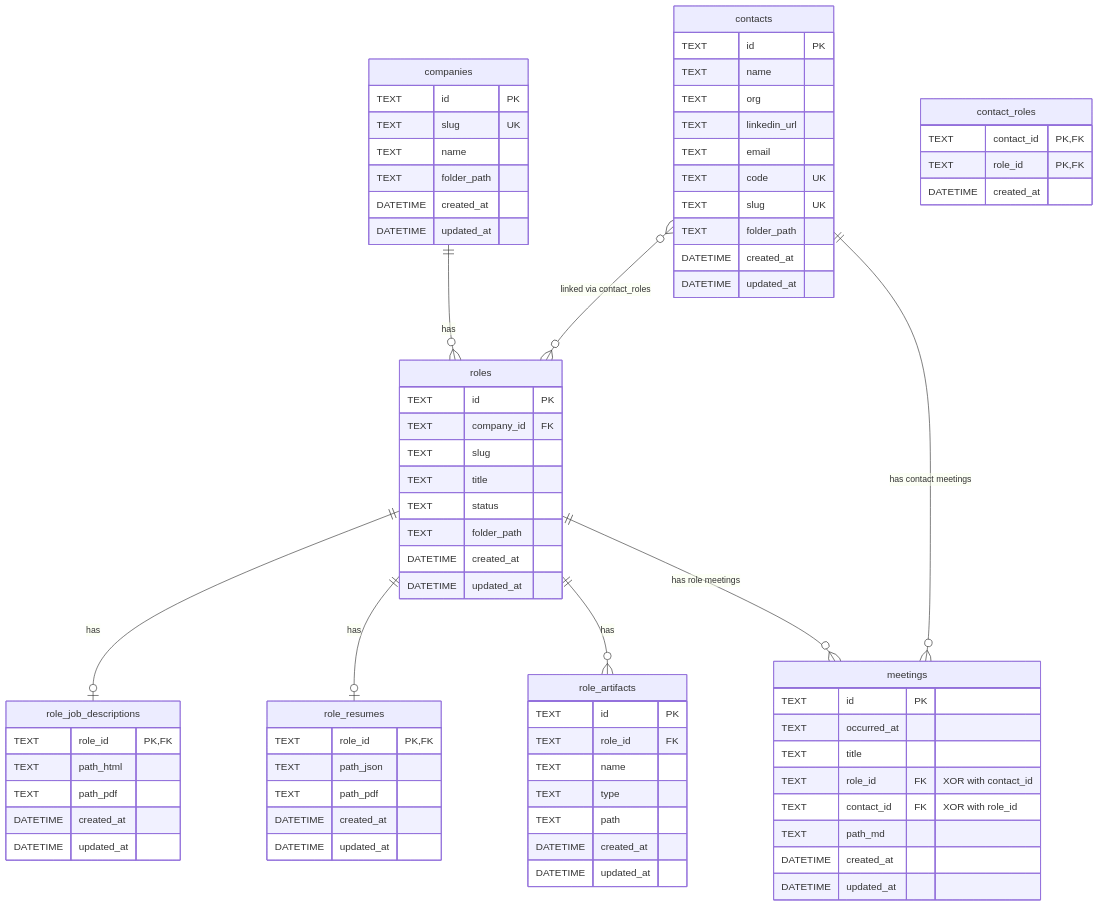
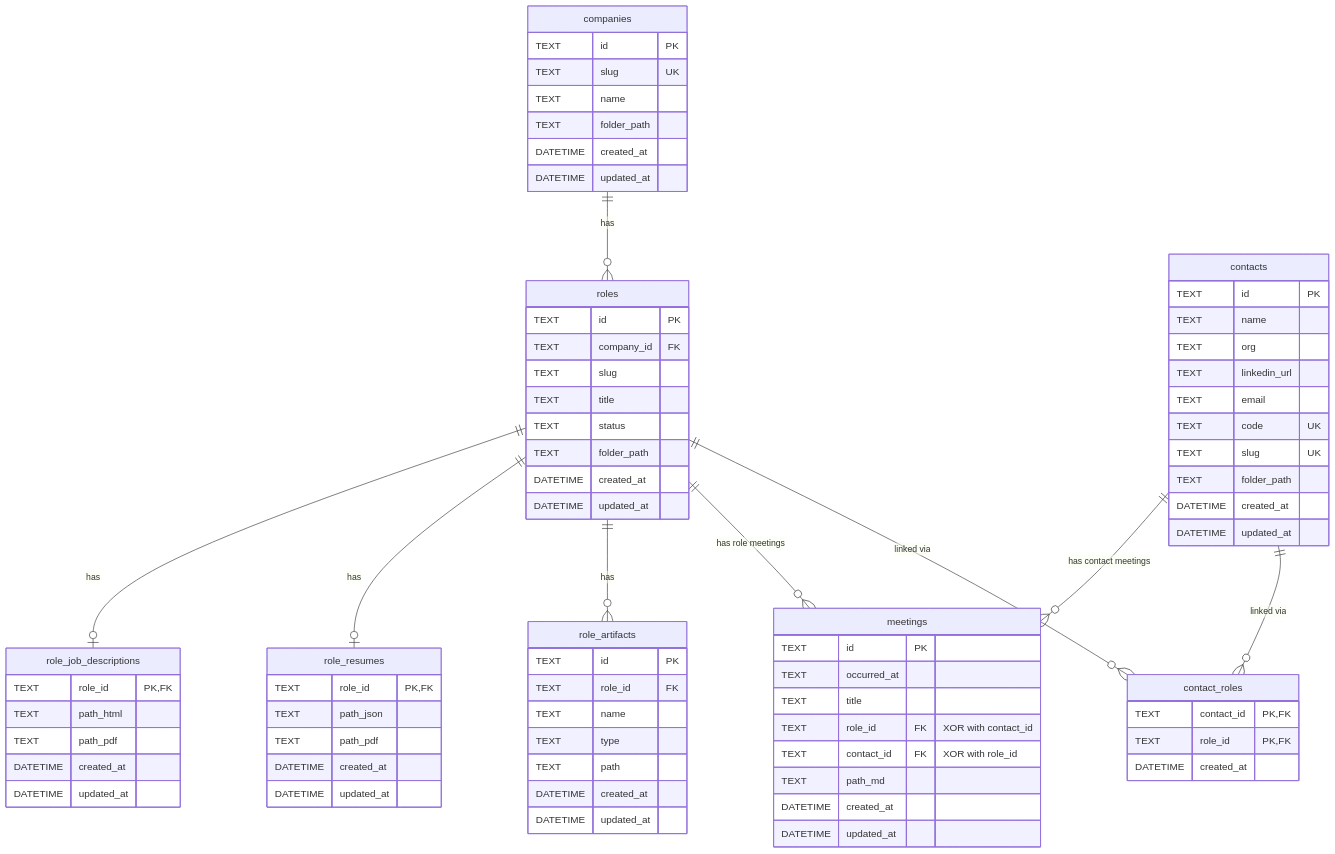
Before and after one commit to samasri/job-tracker: the diagram in ARCHITECTURE.md, drawn with Mermaid. The commit also changed other lines of this file and 11 other files, not shown here.

````diff
--- a/ARCHITECTURE.md
+++ b/ARCHITECTURE.md
@@ -347,5 +347,6 @@
     roles ||--o{ role_artifacts : "has"
     roles ||--o{ meetings : "has role meetings"
     contacts ||--o{ meetings : "has contact meetings"
-    contacts }o--o{ roles : "linked via contact_roles"
+    contacts ||--o{ contact_roles : "linked via"
+    roles ||--o{ contact_roles : "linked via"
 ```
````
